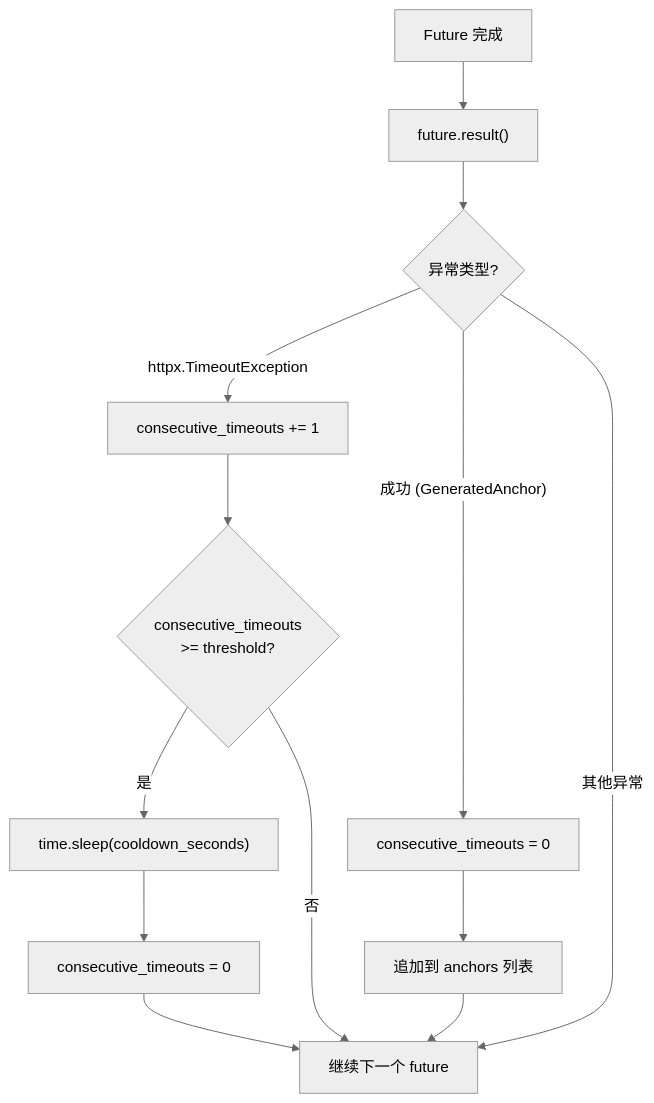
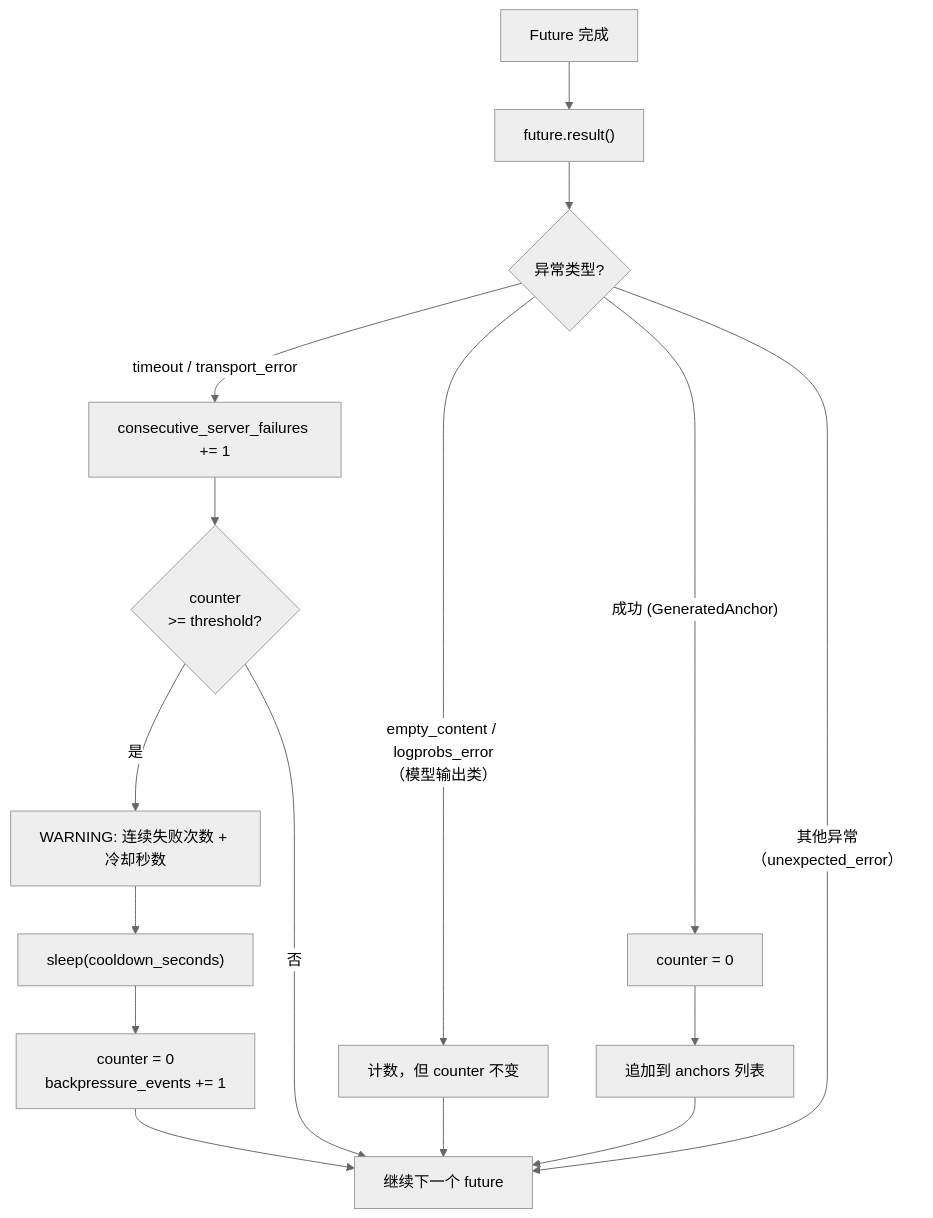
One commit to godthrone/anchor-replay-distillation changed the sixth of 7 diagrams in docs/architecture.md. Above: the diagram before and after it, drawn with Mermaid (neutral theme). The commit also changed other lines of this file and 4 other files, not shown here.

First line of the commit message:
docs: sync architecture, READMEs and config comments with the shipped behavior

````diff
--- a/docs/architecture.md
+++ b/docs/architecture.md
@@ -478,18 +531,22 @@
 ```mermaid
 flowchart TD
     START["Future 完成"] --> GET["future.result()"]
     GET --> CHECK{"异常类型?"}
 
-    CHECK -->|"httpx.TimeoutException"| INC["consecutive_timeouts += 1"]
-    INC --> THRESH{"consecutive_timeouts<br/>>= threshold?"}
-    THRESH -->|"是"| SLEEP["time.sleep(cooldown_seconds)"]
-    SLEEP --> RESET["consecutive_timeouts = 0"]
+    CHECK -->|"timeout / transport_error"| INC["consecutive_server_failures += 1"]
+    INC --> THRESH{"counter<br/>>= threshold?"}
+    THRESH -->|"是"| WARN["WARNING: 连续失败次数 + 冷却秒数"]
+    WARN --> SLEEP["sleep(cooldown_seconds)"]
+    SLEEP --> RESET["counter = 0<br/>backpressure_events += 1"]
     RESET --> NEXT["继续下一个 future"]
     THRESH -->|"否"| NEXT
 
-    CHECK -->|"成功 (GeneratedAnchor)"| RESET_OK["consecutive_timeouts = 0"]
+    CHECK -->|"empty_content / logprobs_error<br/>（模型输出类）"| COUNT["计数，但 counter 不变"]
+    COUNT --> NEXT
+
+    CHECK -->|"成功 (GeneratedAnchor)"| RESET_OK["counter = 0"]
     RESET_OK --> APPEND["追加到 anchors 列表"]
     APPEND --> NEXT
 
-    CHECK -->|"其他异常"| NEXT
+    CHECK -->|"其他异常（unexpected_error）"| NEXT
 ```
````
